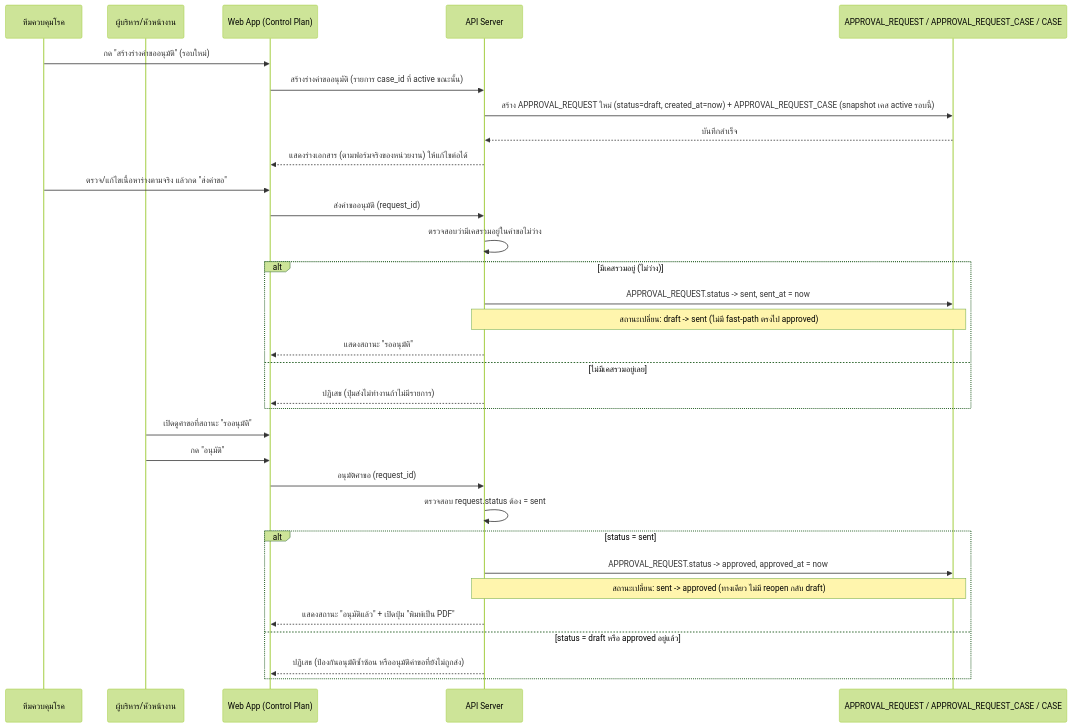
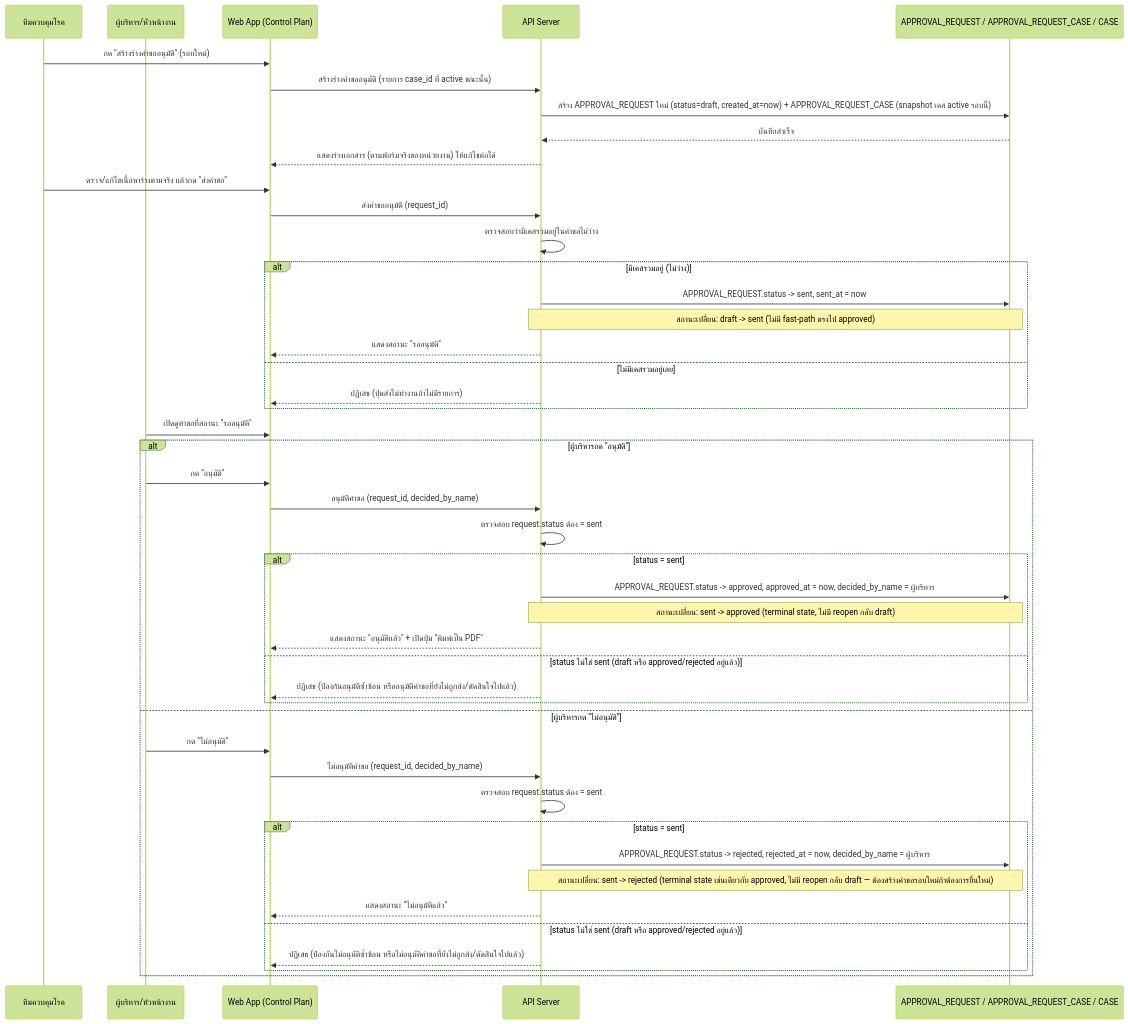
Before and after one commit to Plabuchill/AI-DSRP: the eighth of 17 diagrams in docs/02-design/02-technical/DETAILED-DESIGN.md, drawn with Mermaid (forest theme). The commit also changed other lines of this file and 10 other files, not shown here.

````diff
--- a/docs/02-design/02-technical/DETAILED-DESIGN.md
+++ b/docs/02-design/02-technical/DETAILED-DESIGN.md
@@ -525,37 +525,50 @@
 ```mermaid
 sequenceDiagram
   participant ทีม as ทีมควบคุมโรค
   participant ผบห as ผู้บริหาร/หัวหน้างาน
   participant UI as Web App (Control Plan)
   participant API as API Server
   participant Data as APPROVAL_REQUEST / APPROVAL_REQUEST_CASE / CASE
 
   ทีม->>UI: กด "สร้างร่างคำขออนุมัติ" (รอบใหม่)
   UI->>API: สร้างร่างคำขออนุมัติ (รายการ case_id ที่ active ขณะนั้น)
   API->>Data: สร้าง APPROVAL_REQUEST ใหม่ (status=draft, created_at=now) + APPROVAL_REQUEST_CASE (snapshot เคส active รอบนี้)
   Data-->>API: บันทึกสำเร็จ
   API-->>UI: แสดงร่างเอกสาร (ตามฟอร์มจริงของหน่วยงาน) ให้แก้ไขต่อได้
 
   ทีม->>UI: ตรวจ/แก้ไขเนื้อหาร่างตามจริง แล้วกด "ส่งคำขอ"
   UI->>API: ส่งคำขออนุมัติ (request_id)
   API->>API: ตรวจสอบว่ามีเคสรวมอยู่ในคำขอไม่ว่าง
   alt มีเคสรวมอยู่ (ไม่ว่าง)
     API->>Data: APPROVAL_REQUEST.status -> sent, sent_at = now
     Note over API,Data: สถานะเปลี่ยน: draft -> sent (ไม่มี fast-path ตรงไป approved)
     API-->>UI: แสดงสถานะ "รออนุมัติ"
   else ไม่มีเคสรวมอยู่เลย
     API-->>UI: ปฏิเสธ (ปุ่มส่งไม่ทำงานถ้าไม่มีรายการ)
   end
 
   ผบห->>UI: เปิดดูคำขอที่สถานะ "รออนุมัติ"
-  ผบห->>UI: กด "อนุมัติ"
-  UI->>API: อนุมัติคำขอ (request_id)
-  API->>API: ตรวจสอบ request.status ต้อง = sent
-  alt status = sent
-    API->>Data: APPROVAL_REQUEST.status -> approved, approved_at = now
-    Note over API,Data: สถานะเปลี่ยน: sent -> approved (ทางเดียว ไม่มี reopen กลับ draft)
-    API-->>UI: แสดงสถานะ "อนุมัติแล้ว" + เปิดปุ่ม "พิมพ์เป็น PDF"
-  else status = draft หรือ approved อยู่แล้ว
-    API-->>UI: ปฏิเสธ (ป้องกันอนุมัติซ้ำซ้อน หรืออนุมัติคำขอที่ยังไม่ถูกส่ง)
+  alt ผู้บริหารกด "อนุมัติ"
+    ผบห->>UI: กด "อนุมัติ"
+    UI->>API: อนุมัติคำขอ (request_id, decided_by_name)
+    API->>API: ตรวจสอบ request.status ต้อง = sent
+    alt status = sent
+      API->>Data: APPROVAL_REQUEST.status -> approved, approved_at = now, decided_by_name = ผู้บริหาร
+      Note over API,Data: สถานะเปลี่ยน: sent -> approved (terminal state, ไม่มี reopen กลับ draft)
+      API-->>UI: แสดงสถานะ "อนุมัติแล้ว" + เปิดปุ่ม "พิมพ์เป็น PDF"
+    else status ไม่ใช่ sent (draft หรือ approved/rejected อยู่แล้ว)
+      API-->>UI: ปฏิเสธ (ป้องกันอนุมัติซ้ำซ้อน หรืออนุมัติคำขอที่ยังไม่ถูกส่ง/ตัดสินใจไปแล้ว)
+    end
+  else ผู้บริหารกด "ไม่อนุมัติ"
+    ผบห->>UI: กด "ไม่อนุมัติ"
+    UI->>API: ไม่อนุมัติคำขอ (request_id, decided_by_name)
+    API->>API: ตรวจสอบ request.status ต้อง = sent
+    alt status = sent
+      API->>Data: APPROVAL_REQUEST.status -> rejected, rejected_at = now, decided_by_name = ผู้บริหาร
+      Note over API,Data: สถานะเปลี่ยน: sent -> rejected (terminal state เช่นเดียวกับ approved, ไม่มี reopen กลับ draft — ต้องสร้างคำขอรอบใหม่ถ้าต้องการยื่นใหม่)
+      API-->>UI: แสดงสถานะ "ไม่อนุมัติแล้ว"
+    else status ไม่ใช่ sent (draft หรือ approved/rejected อยู่แล้ว)
+      API-->>UI: ปฏิเสธ (ป้องกันไม่อนุมัติซ้ำซ้อน หรือไม่อนุมัติคำขอที่ยังไม่ถูกส่ง/ตัดสินใจไปแล้ว)
+    end
   end
 ```
````
